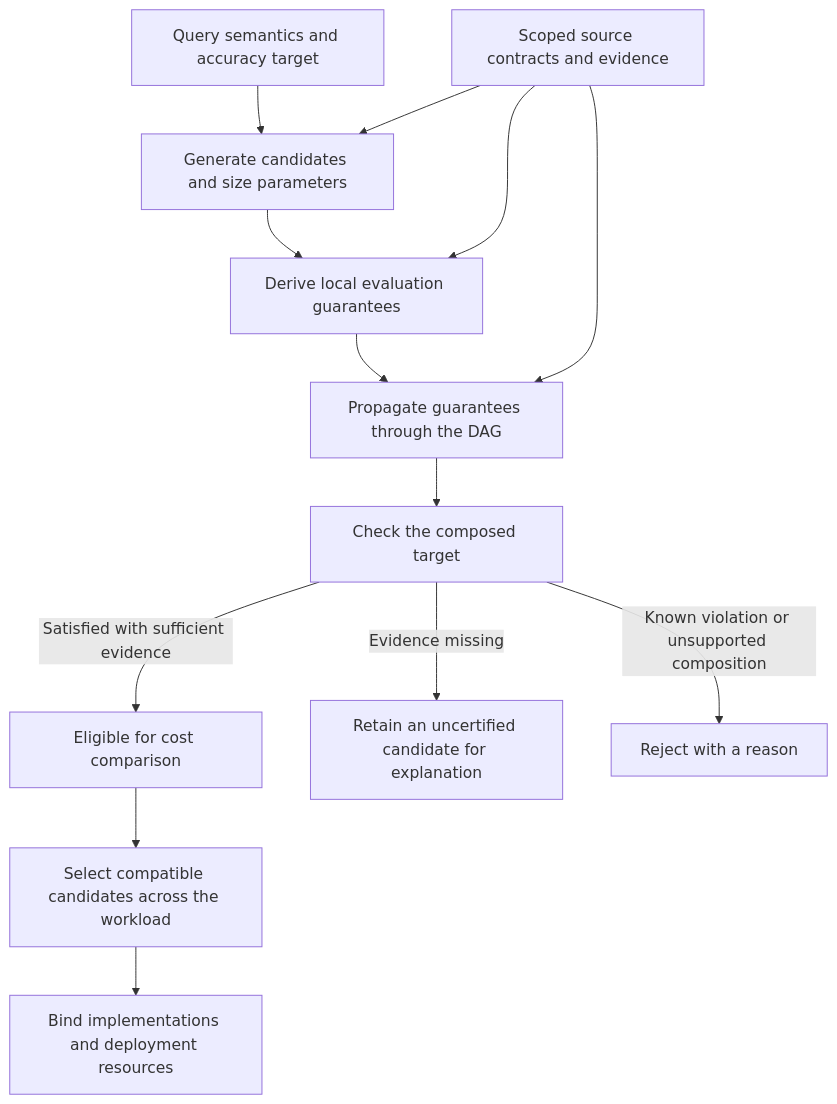
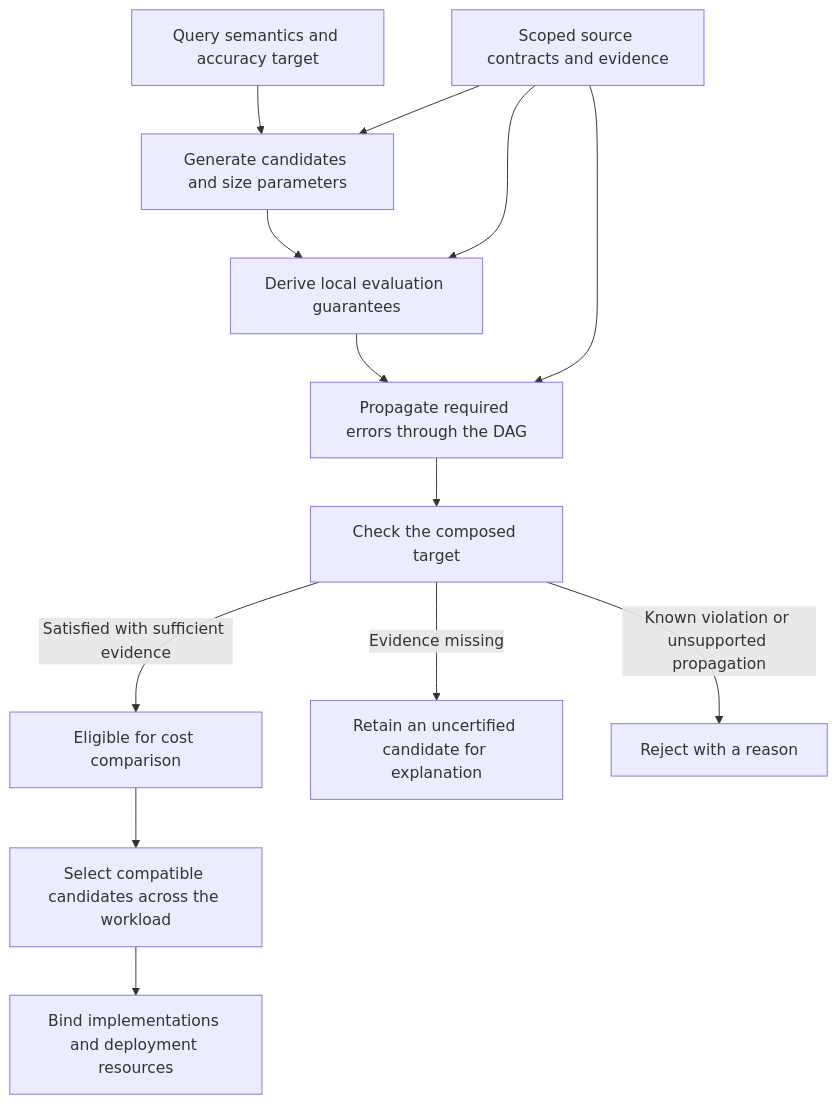
Before and after one commit to ProjectASAP/ASAPPlanner: the first of 2 diagrams in docs/design_docs/concepts/accuracy-models.md, drawn with Mermaid. The commit also changed other lines of this file and 4 other files, not shown here.

````diff
--- a/docs/design_docs/concepts/accuracy-models.md
+++ b/docs/design_docs/concepts/accuracy-models.md
@@ -126,15 +127,15 @@
 ```mermaid
 flowchart TD
     Request[Query semantics and accuracy target] --> Generate[Generate candidates and size parameters]
     Evidence[Scoped source contracts and evidence] --> Generate
     Generate --> Local[Derive local evaluation guarantees]
     Evidence --> Local
-    Local --> Compose[Propagate guarantees through the DAG]
+    Local --> Compose[Propagate required errors through the DAG]
     Evidence --> Compose
     Compose --> Check[Check the composed target]
     Check -->|Satisfied with sufficient evidence| Eligible[Eligible for cost comparison]
     Check -->|Evidence missing| Pending[Retain an uncertified candidate for explanation]
-    Check -->|Known violation or unsupported composition| Reject[Reject with a reason]
+    Check -->|Known violation or unsupported propagation| Reject[Reject with a reason]
     Eligible --> Select[Select compatible candidates across the workload]
     Select --> Bind[Bind implementations and deployment resources]
 ```
````
